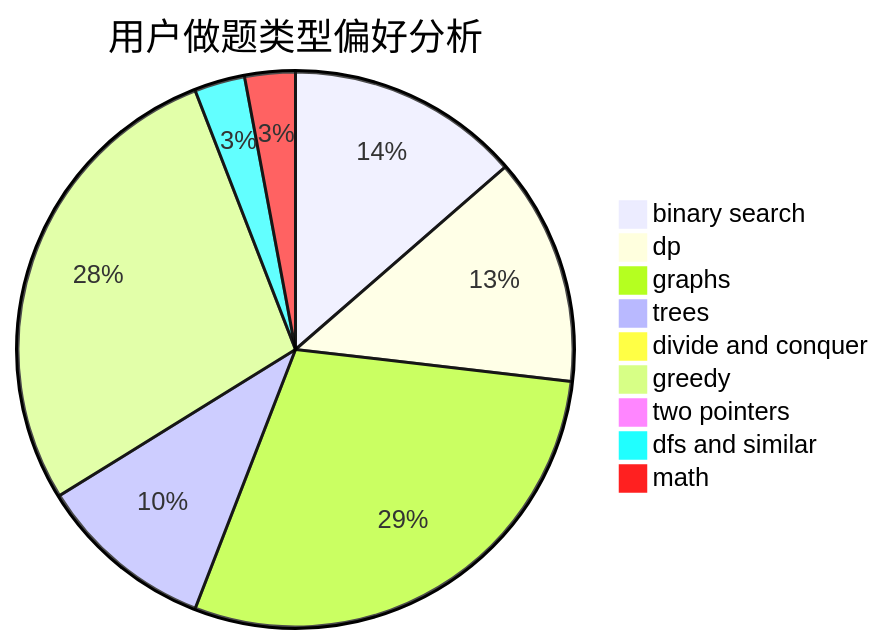
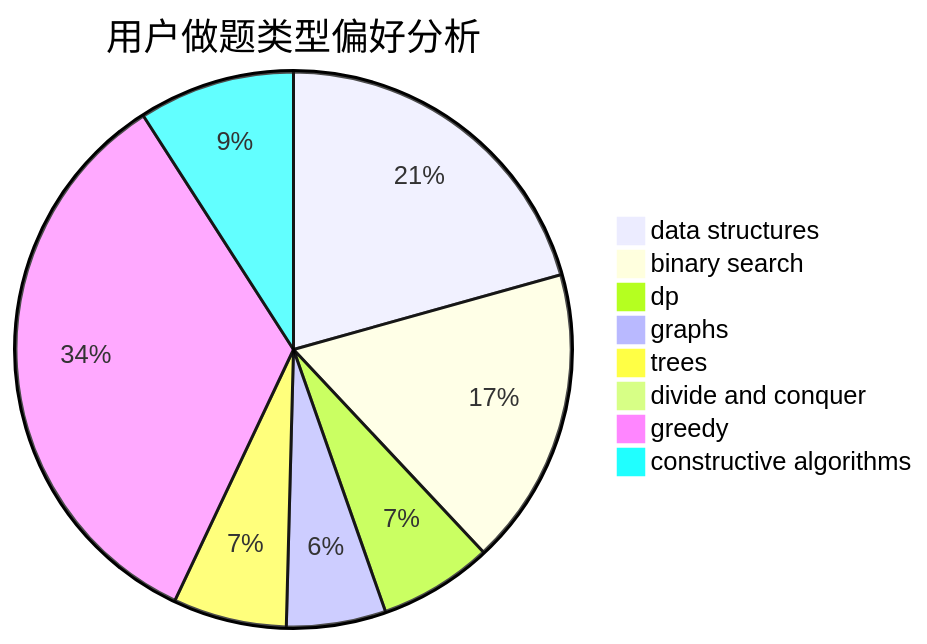
One commit to sherpahu/cfrs.github.io changed the second of 3 diagrams in docs/user/u1557.md. Above: the diagram before and after it, drawn with Mermaid. The commit also changed other lines of this file and 2775 other files, not shown here.

````diff
--- a/docs/user/u1557.md
+++ b/docs/user/u1557.md
@@ -23,12 +23,11 @@
 ```mermaid
 pie title 用户做题类型偏好分析
-    "binary search" :  37
-    "dp" :  36
-    "graphs" :  79
-    "trees" :  28
+    "data structures" :  25
+    "binary search" :  21
+    "dp" :  8
+    "graphs" :  7
+    "trees" :  8
     "divide and conquer" :  0
-    "greedy" :  76
-    "two pointers" :  0
-    "dfs and similar" :  8
-    "math" :  8
+    "greedy" :  41
+    "constructive algorithms" :  11
 ```
````
